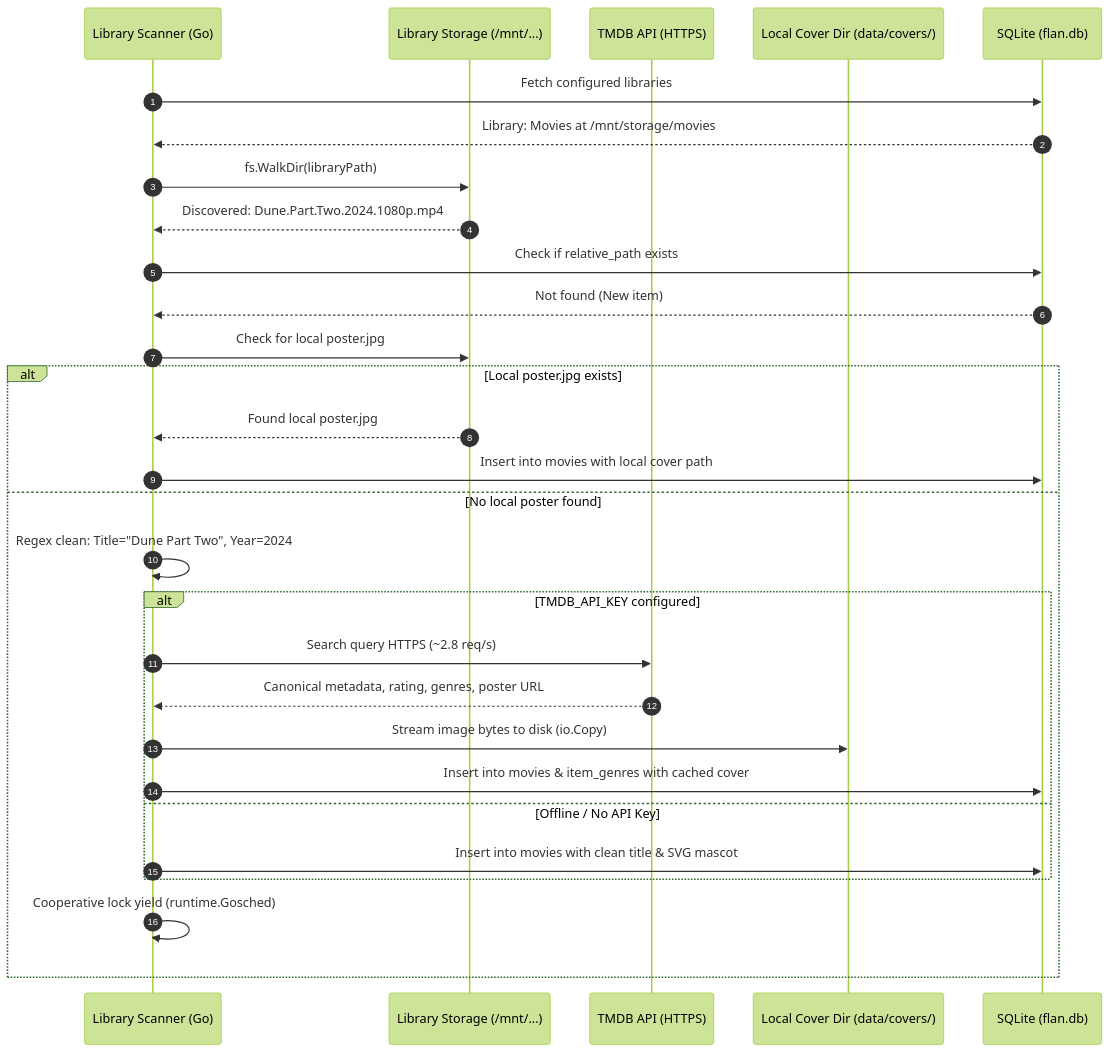
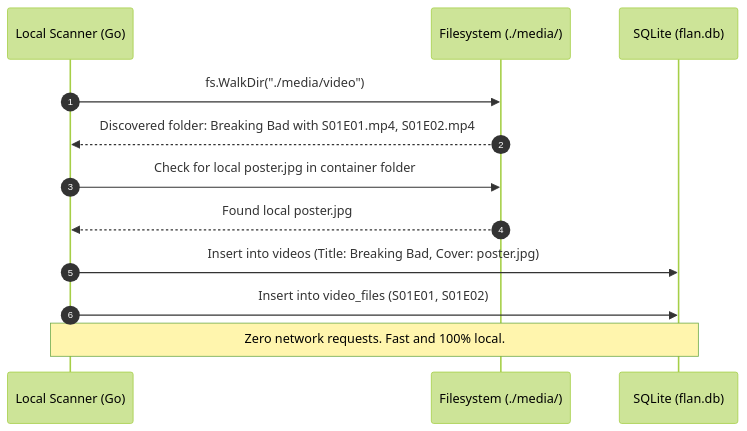
The fourth of 6 diagrams in docs/diagrams/data-flow.md (WesleyEsq/Flan-Media-Server), drawn with Mermaid (forest theme) before and after one commit. The commit also changed other lines of this file and 14 other files, not shown here.

````diff
--- a/docs/diagrams/data-flow.md
+++ b/docs/diagrams/data-flow.md
@@ -131,32 +126,15 @@
 ```mermaid
 sequenceDiagram
     autonumber
-    participant Scanner as Library Scanner (Go)
-    participant Disk as Library Storage (/mnt/...)
-    participant TMDB as TMDB API (HTTPS)
-    participant Covers as Local Cover Dir (data/covers/)
+    participant Scanner as Local Scanner (Go)
+    participant Disk as Filesystem (./media/)
     participant DB as SQLite (flan.db)
 
-    Scanner->>DB: Fetch configured libraries
-    DB-->>Scanner: Library: Movies at /mnt/storage/movies
-    Scanner->>Disk: fs.WalkDir(libraryPath)
-    Disk-->>Scanner: Discovered: Dune.Part.Two.2024.1080p.mp4
-    Scanner->>DB: Check if relative_path exists
-    DB-->>Scanner: Not found (New item)
-    Scanner->>Disk: Check for local poster.jpg
-    alt Local poster.jpg exists
-        Disk-->>Scanner: Found local poster.jpg
-        Scanner->>DB: Insert into movies with local cover path
-    else No local poster found
-        Scanner->>Scanner: Regex clean: Title="Dune Part Two", Year=2024
-        alt TMDB_API_KEY configured
-            Scanner->>TMDB: Search query HTTPS (~2.8 req/s)
-            TMDB-->>Scanner: Canonical metadata, rating, genres, poster URL
-            Scanner->>Covers: Stream image bytes to disk (io.Copy)
-            Scanner->>DB: Insert into movies & item_genres with cached cover
-        else Offline / No API Key
-            Scanner->>DB: Insert into movies with clean title & SVG mascot
-        end
-        Scanner->>Scanner: Cooperative lock yield (runtime.Gosched)
-    end
+    Scanner->>Disk: fs.WalkDir("./media/video")
+    Disk-->>Scanner: Discovered folder: Breaking Bad with S01E01.mp4, S01E02.mp4
+    Scanner->>Disk: Check for local poster.jpg in container folder
+    Disk-->>Scanner: Found local poster.jpg
+    Scanner->>DB: Insert into videos (Title: Breaking Bad, Cover: poster.jpg)
+    Scanner->>DB: Insert into video_files (S01E01, S01E02)
+    Note over Scanner,DB: Zero network requests. Fast and 100% local.
 ```
````
